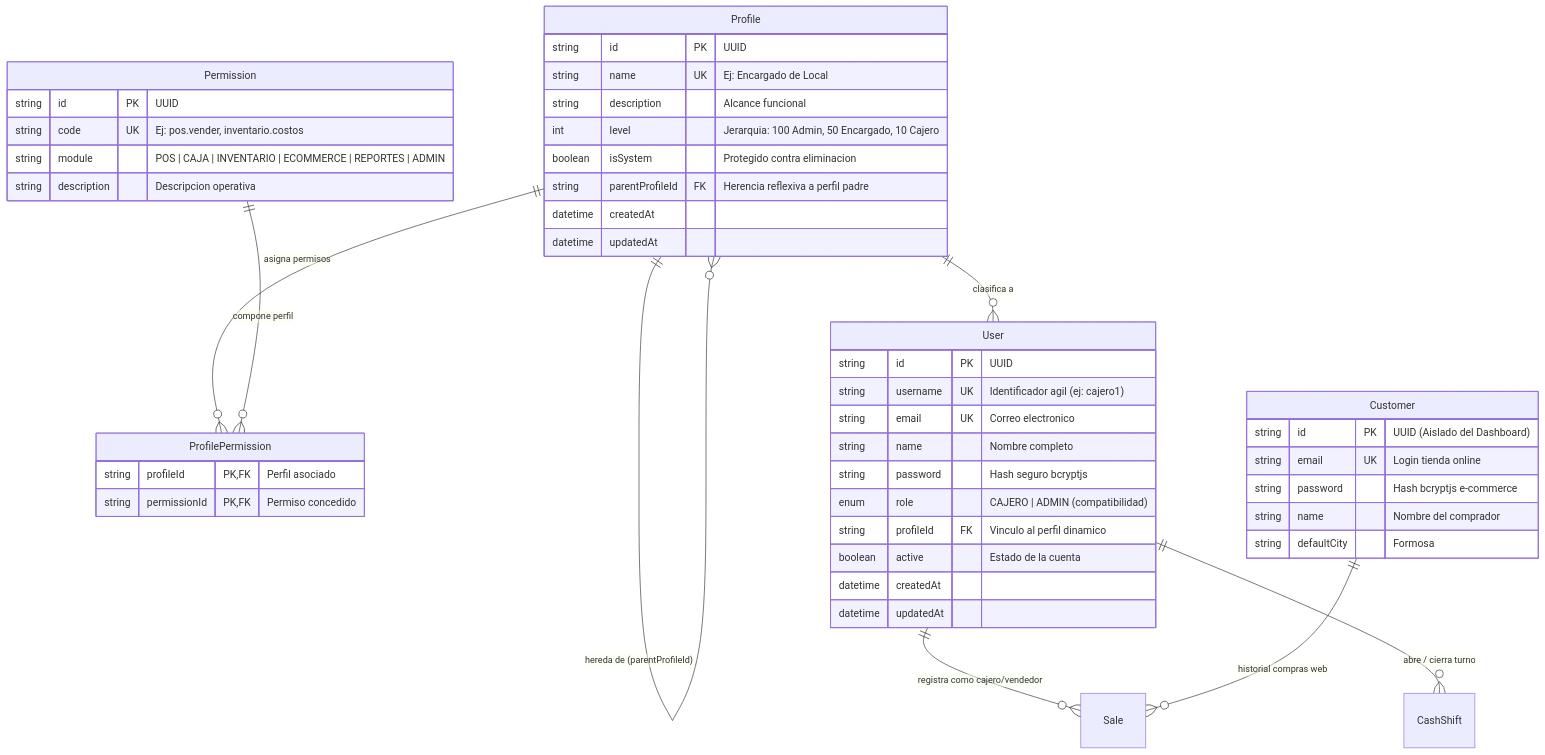
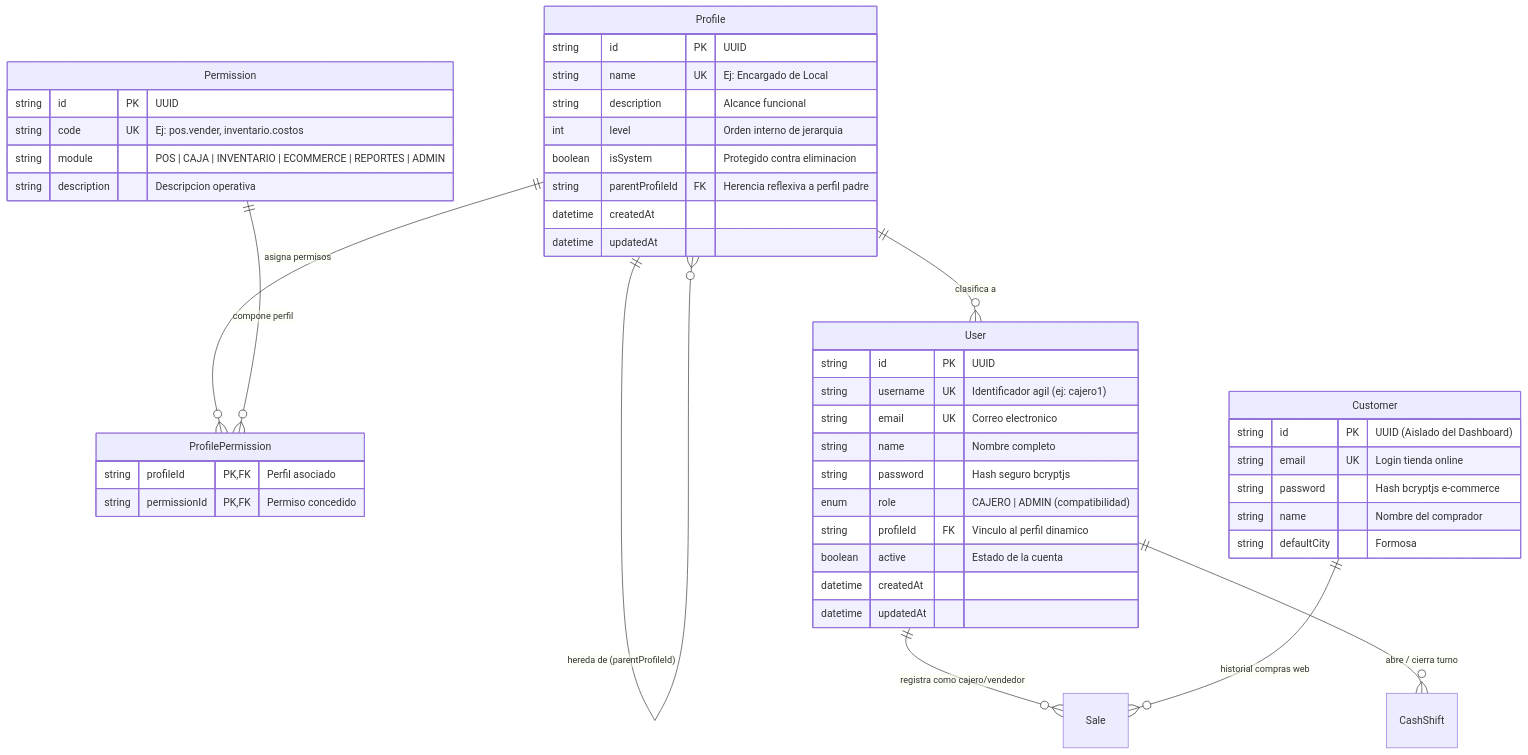
Before and after one commit to dellagnoloRA/matacos-deportes-app: the first of 3 diagrams in docs/RF-23_Autenticacion_Hash_Control_Acceso_Roles.md, drawn with Mermaid. The commit also changed other lines of this file and 1 other file, not shown here.

````diff
--- a/docs/RF-23_Autenticacion_Hash_Control_Acceso_Roles.md
+++ b/docs/RF-23_Autenticacion_Hash_Control_Acceso_Roles.md
@@ -31,54 +33,54 @@
 ```mermaid
 erDiagram
     Profile ||--o{ Profile : "hereda de (parentProfileId)"
     Profile ||--o{ ProfilePermission : "asigna permisos"
     Permission ||--o{ ProfilePermission : "compone perfil"
     Profile ||--o{ User : "clasifica a"
     User ||--o{ Sale : "registra como cajero/vendedor"
     User ||--o{ CashShift : "abre / cierra turno"
     Customer ||--o{ Sale : "historial compras web"
 
     User {
         string id PK "UUID"
         string username UK "Identificador agil (ej: cajero1)"
         string email UK "Correo electronico"
         string name "Nombre completo"
         string password "Hash seguro bcryptjs"
         enum role "CAJERO | ADMIN (compatibilidad)"
         string profileId FK "Vinculo al perfil dinamico"
         boolean active "Estado de la cuenta"
         datetime createdAt
         datetime updatedAt
     }
 
     Profile {
         string id PK "UUID"
         string name UK "Ej: Encargado de Local"
         string description "Alcance funcional"
-        int level "Jerarquia: 100 Admin, 50 Encargado, 10 Cajero"
+        int level "Orden interno de jerarquia"
         boolean isSystem "Protegido contra eliminacion"
         string parentProfileId FK "Herencia reflexiva a perfil padre"
         datetime createdAt
         datetime updatedAt
     }
 
     Permission {
         string id PK "UUID"
         string code UK "Ej: pos.vender, inventario.costos"
         string module "POS | CAJA | INVENTARIO | ECOMMERCE | REPORTES | ADMIN"
         string description "Descripcion operativa"
     }
 
     ProfilePermission {
         string profileId PK,FK "Perfil asociado"
         string permissionId PK,FK "Permiso concedido"
     }
 
     Customer {
         string id PK "UUID (Aislado del Dashboard)"
         string email UK "Login tienda online"
         string password "Hash bcryptjs e-commerce"
         string name "Nombre del comprador"
         string defaultCity "Formosa"
     }
 ```
````
